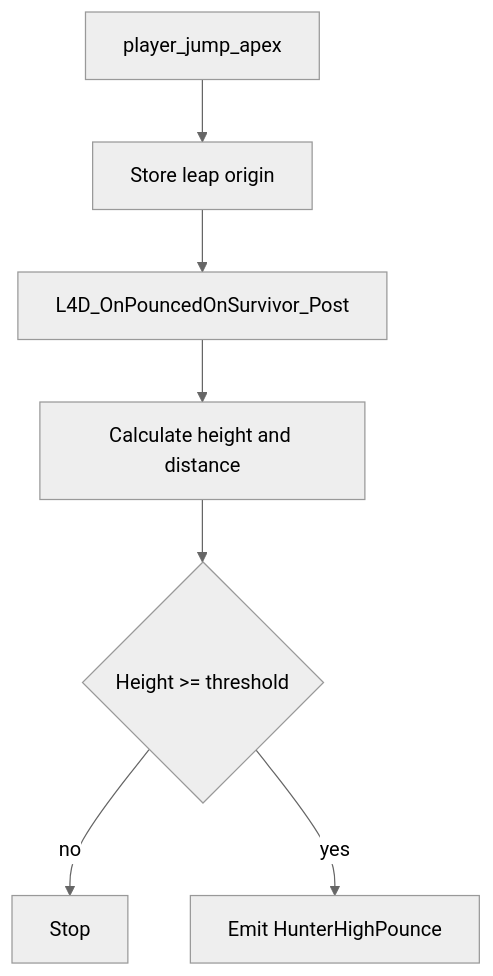
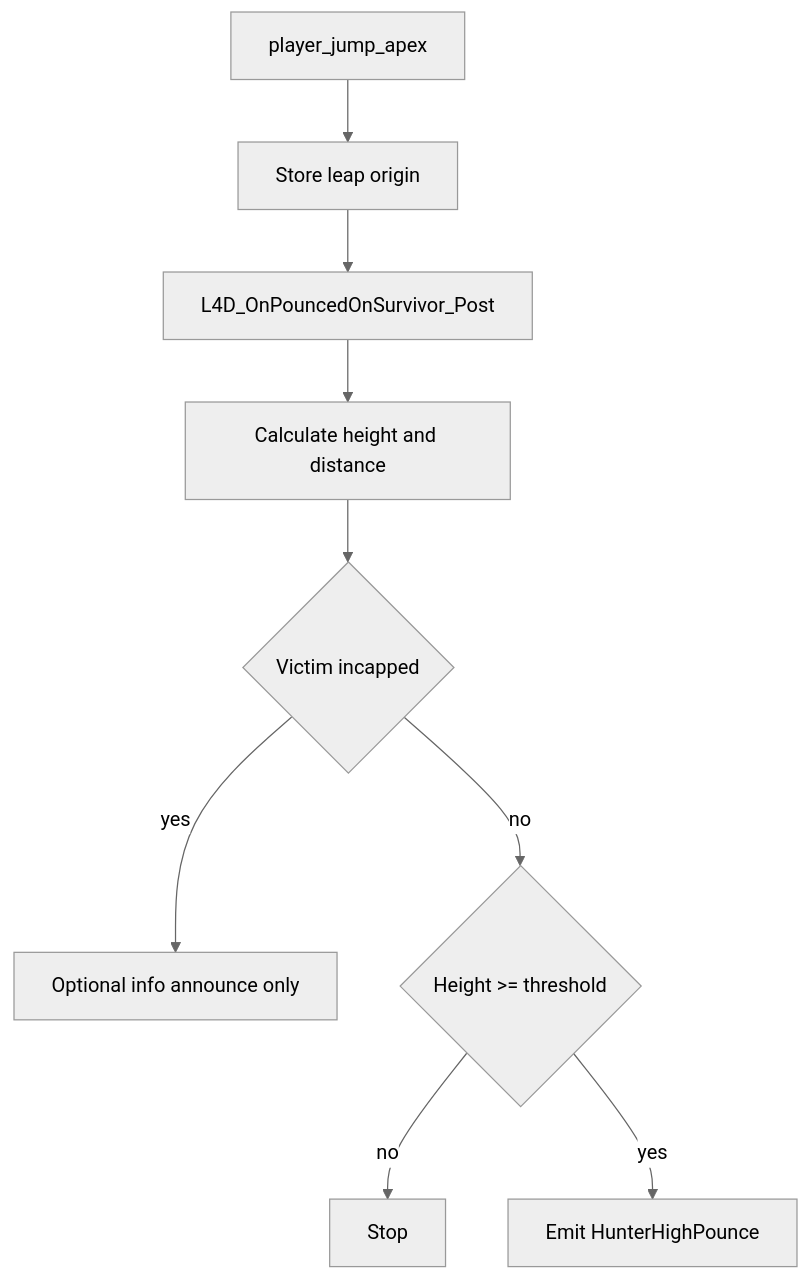
One commit to AoC-Gamers/L4D2-Player-Skills changed the fourth of 4 diagrams in docs/l4d2-skills-flow-hunter.md. Above: the diagram before and after it, drawn with Mermaid (neutral theme). The commit also changed other lines of this file and 15 other files, not shown here.

Commit message:
Renombrar JockeyHighPounce a JockeyHighLeap y actualizar la lógica de eventos y traducciones correspondientes

````diff
--- a/docs/l4d2-skills-flow-hunter.md
+++ b/docs/l4d2-skills-flow-hunter.md
@@ -252,9 +259,11 @@
 ```mermaid
 flowchart TD
     A[player_jump_apex] --> B[Store leap origin]
     B --> C[L4D_OnPouncedOnSurvivor_Post]
     C --> D[Calculate height and distance]
-    D --> E{Height >= threshold}
-    E -->|no| F[Stop]
-    E -->|yes| G[Emit HunterHighPounce]
+    D --> E{Victim incapped}
+    E -->|yes| F[Optional info announce only]
+    E -->|no| G{Height >= threshold}
+    G -->|no| H[Stop]
+    G -->|yes| I[Emit HunterHighPounce]
 ```
````
